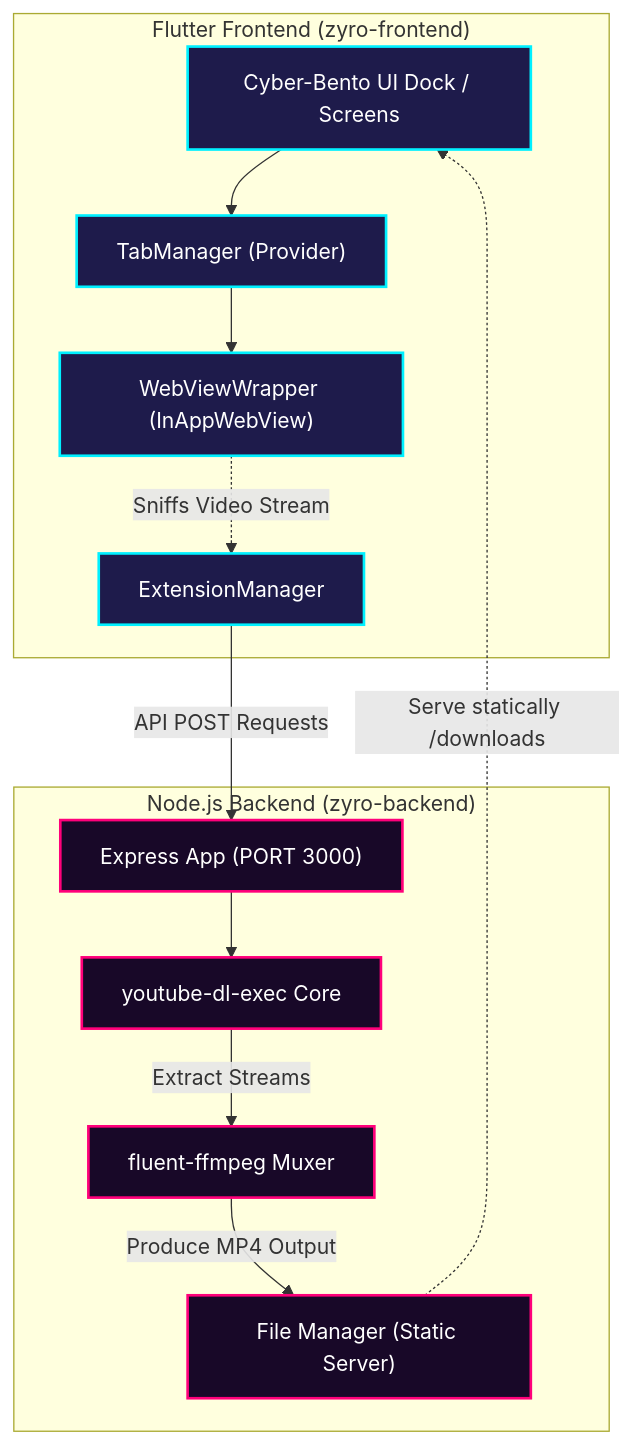
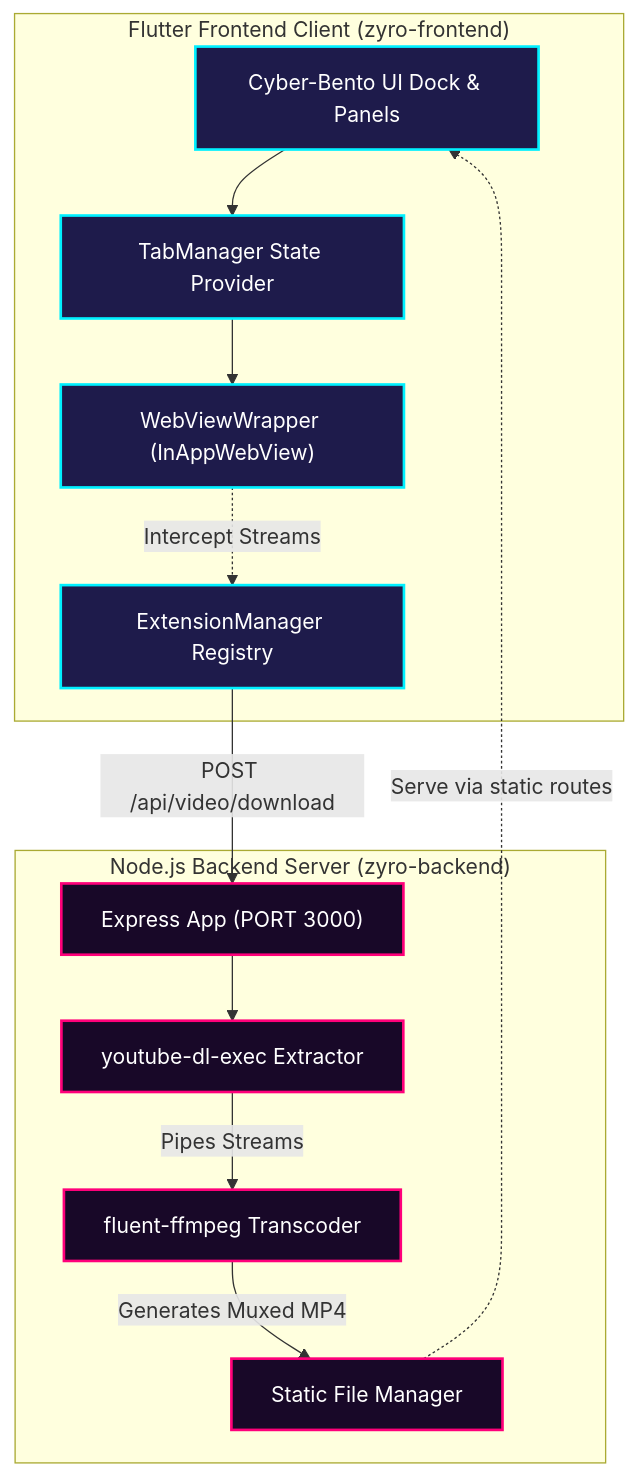
One commit to Ashish6298/zyro changed the diagram in README.md. Above: the diagram before and after it, drawn with Mermaid. The commit also changed other lines of this file and 2 other files, not shown here.

````diff
--- a/README.md
+++ b/README.md
@@ -235,31 +54,31 @@
 ```mermaid
 graph TD
     %% Styling Nodes
     classDef client fill:#1E1B4B,stroke:#00F0FF,stroke-width:2px,color:#FFF;
     classDef server fill:#180828,stroke:#FF007A,stroke-width:2px,color:#FFF;
     classDef external fill:#022C22,stroke:#10B981,stroke-width:1px,color:#FFF;
 
-    subgraph "Flutter Frontend (zyro-frontend)"
-        UI["Cyber-Bento UI Dock / Screens"]:::client
-        TabM["TabManager (Provider)"]:::client
+    subgraph "Flutter Frontend Client (zyro-frontend)"
+        UI["Cyber-Bento UI Dock & Panels"]:::client
+        TabM["TabManager State Provider"]:::client
         WV["WebViewWrapper (InAppWebView)"]:::client
-        ExtM["ExtensionManager"]:::client
+        ExtM["ExtensionManager Registry"]:::client
     end
 
-    subgraph "Node.js Backend (zyro-backend)"
+    subgraph "Node.js Backend Server (zyro-backend)"
         API["Express App (PORT 3000)"]:::server
-        YTDL["youtube-dl-exec Core"]:::server
-        FFmpeg["fluent-ffmpeg Muxer"]:::server
-        Store["File Manager (Static Server)"]:::server
+        YTDL["youtube-dl-exec Extractor"]:::server
+        FFmpeg["fluent-ffmpeg Transcoder"]:::server
+        Store["Static File Manager"]:::server
     end
 
     %% Interaction Paths
     UI --> TabM
     TabM --> WV
-    WV -.->|"Sniffs Video Stream"| ExtM
-    ExtM -->|"API POST Requests"| API
+    WV -.->|"Intercept Streams"| ExtM
+    ExtM -->|"POST /api/video/download"| API
     API --> YTDL
-    YTDL -->|"Extract Streams"| FFmpeg
-    FFmpeg -->|"Produce MP4 Output"| Store
-    Store -.->|"Serve statically /downloads"| UI
+    YTDL -->|"Pipes Streams"| FFmpeg
+    FFmpeg -->|"Generates Muxed MP4"| Store
+    Store -.->|"Serve via static routes"| UI
 ```
````
